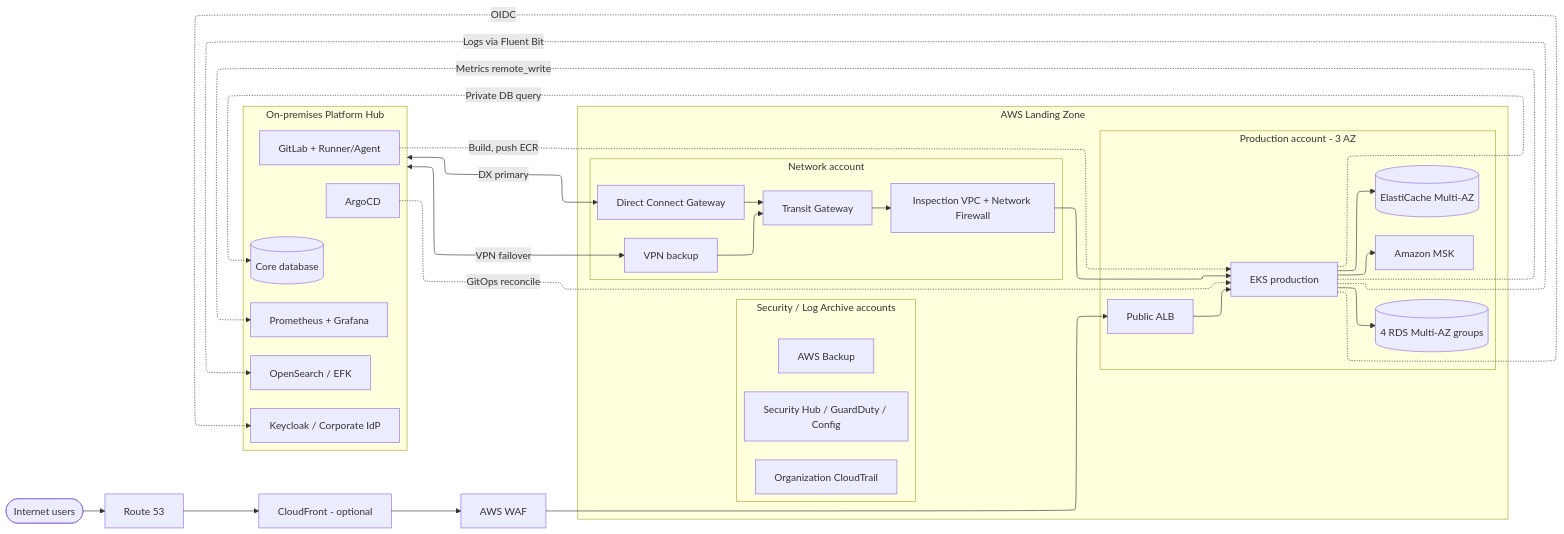
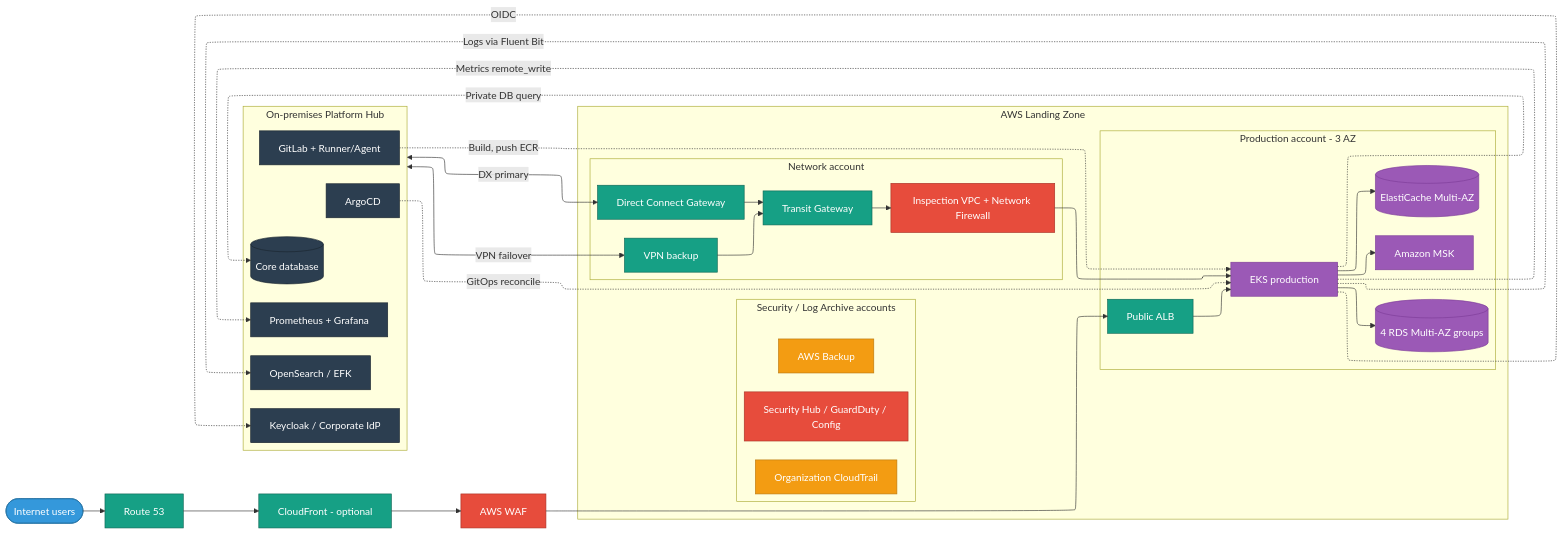
The first of 3 diagrams in aws-adoption-for-sme/reuse-on-prem-platform.md (hinorashi/homecommer), drawn with Mermaid before and after one commit. The commit also changed other lines of this file and 3 other files, not shown here.

````diff
--- a/aws-adoption-for-sme/reuse-on-prem-platform.md
+++ b/aws-adoption-for-sme/reuse-on-prem-platform.md
@@ -73,53 +73,66 @@
 ```mermaid
 ---
 config:
   layout: elk
 ---
 flowchart LR
   User(["Internet users"]) --> R53["Route 53"]
   R53 --> CF["CloudFront - optional"]
   CF --> WAF["AWS WAF"]
   WAF --> ALB["Public ALB"]
 
   subgraph OnPrem["On-premises Platform Hub"]
     Git["GitLab + Runner/Agent"]
     Argo["ArgoCD"]
     IdP["Keycloak / Corporate IdP"]
     Obs["Prometheus + Grafana"]
     Logs["OpenSearch / EFK"]
     CoreDB[("Core database")]
   end
 
   subgraph AWS["AWS Landing Zone"]
     subgraph Network["Network account"]
       DXGW["Direct Connect Gateway"]
       TGW["Transit Gateway"]
       VPN["VPN backup"]
       NFW["Inspection VPC + Network Firewall"]
       DXGW --> TGW
       VPN --> TGW
       TGW --> NFW
     end
     subgraph Prod["Production account - 3 AZ"]
       ALB --> EKS["EKS production"]
       EKS --> RDS[("4 RDS Multi-AZ groups")]
       EKS --> Cache[("ElastiCache Multi-AZ")]
       EKS --> MSK["Amazon MSK"]
     end
     subgraph Governance["Security / Log Archive accounts"]
       Sec["Security Hub / GuardDuty / Config"]
       Trail["Organization CloudTrail"]
       Backup["AWS Backup"]
     end
     NFW --> EKS
   end
 
   OnPrem <-->|"DX primary"| DXGW
   OnPrem <-->|"VPN failover"| VPN
   Git -. "Build, push ECR" .-> EKS
   Argo -. "GitOps reconcile" .-> EKS
   EKS -. "OIDC" .-> IdP
   EKS -. "Metrics remote_write" .-> Obs
   EKS -. "Logs via Fluent Bit" .-> Logs
   EKS -. "Private DB query" .-> CoreDB
+
+  classDef onprem fill:#2c3e50,stroke:#1a252f,color:#fff;
+  classDef internet fill:#3498db,stroke:#2471a3,color:#fff;
+  classDef network fill:#16a085,stroke:#0e6655,color:#fff;
+  classDef security fill:#e74c3c,stroke:#a93226,color:#fff;
+  classDef platform fill:#f39c12,stroke:#b9770e,color:#fff;
+  classDef application fill:#9b59b6,stroke:#7d3c98,color:#fff;
+  class User internet;
+  class Git,Argo,IdP,Obs,Logs,CoreDB onprem;
+  class R53,CF,ALB,DXGW,TGW,VPN network;
+  class WAF,NFW,Sec security;
+  class Trail,Backup platform;
+  class EKS,RDS,Cache,MSK application;
 ```
````
